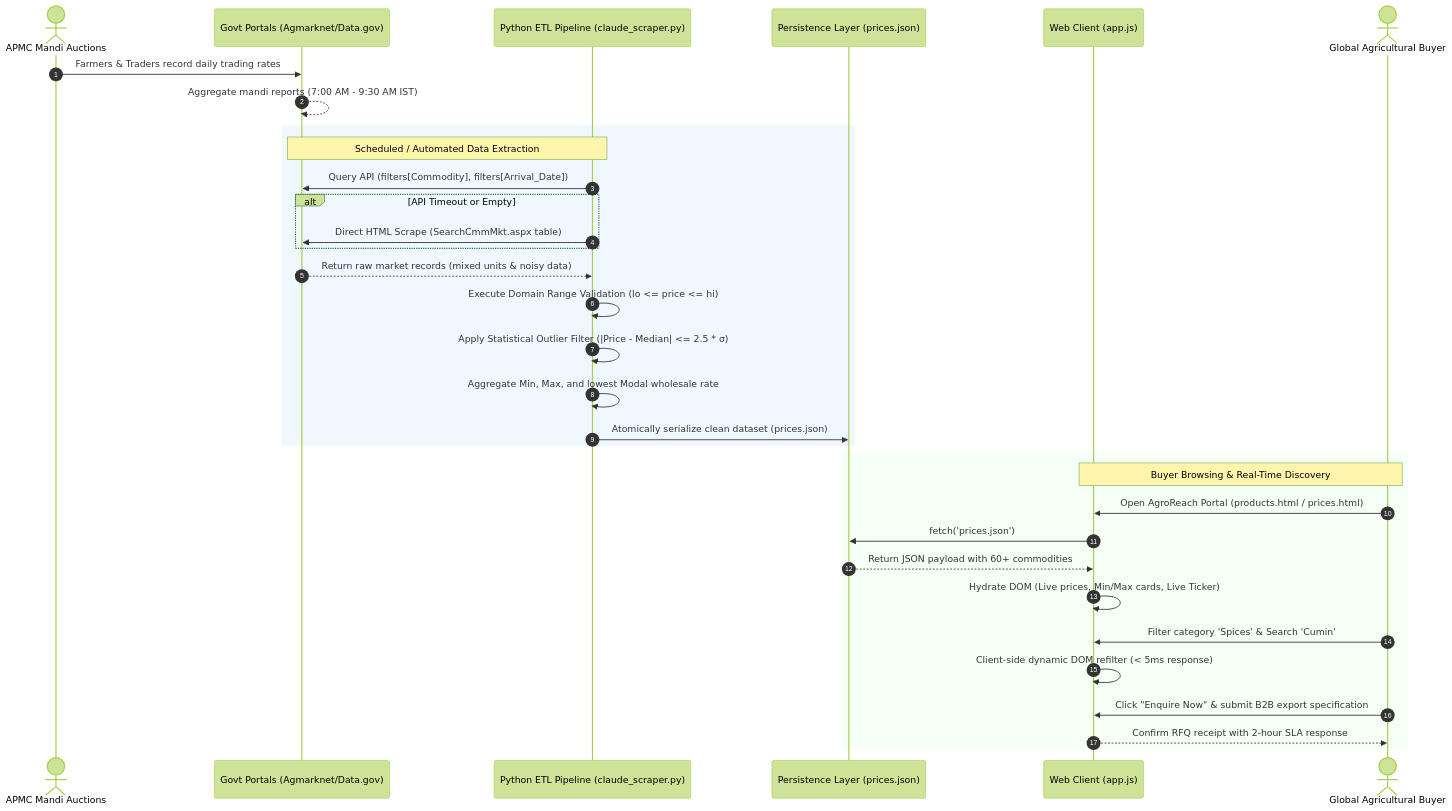
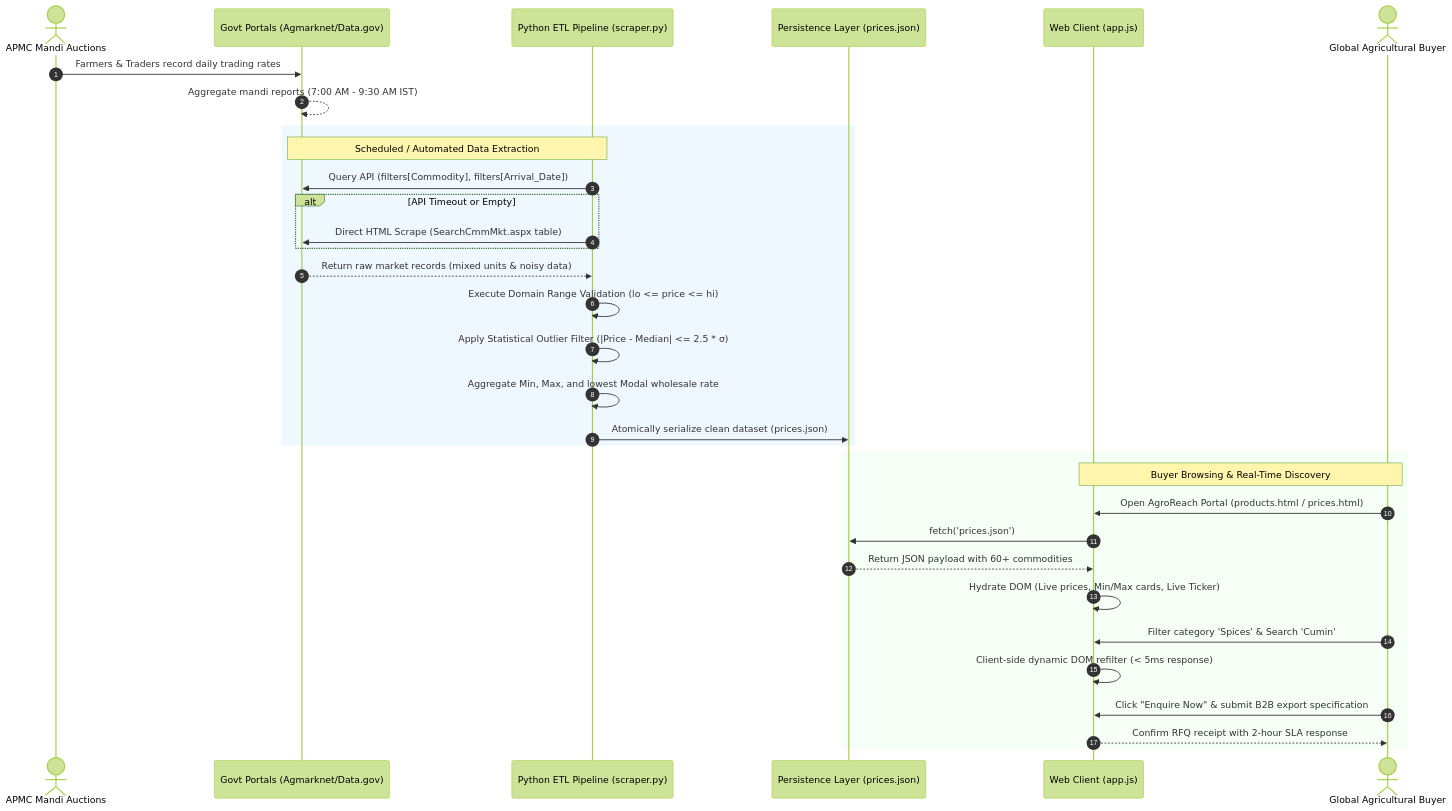
The second of 2 diagrams in README.md (Jadav-Divyaraj/agri-mandi-price-engine), drawn with Mermaid (forest theme) before and after one commit. The commit also changed other lines of this file and 10 other files, not shown here.

Commit message:
refactor: Standardize scraper modules, rename sample data, and clean up workspace architecture

````diff
--- a/README.md
+++ b/README.md
@@ -90,38 +90,38 @@
 ```mermaid
 sequenceDiagram
     autonumber
     actor Mandi as APMC Mandi Auctions
     participant Govt as Govt Portals (Agmarknet/Data.gov)
-    participant Scraper as Python ETL Pipeline (claude_scraper.py)
+    participant Scraper as Python ETL Pipeline (scraper.py)
     participant Data as Persistence Layer (prices.json)
     participant Web as Web Client (app.js)
     actor Buyer as Global Agricultural Buyer
 
     Mandi->>Govt: Farmers & Traders record daily trading rates
     Govt-->>Govt: Aggregate mandi reports (7:00 AM - 9:30 AM IST)
     
     rect rgb(240, 248, 255)
         Note over Scraper,Govt: Scheduled / Automated Data Extraction
         Scraper->>Govt: Query API (filters[Commodity], filters[Arrival_Date])
         alt API Timeout or Empty
             Scraper->>Govt: Direct HTML Scrape (SearchCmmMkt.aspx table)
         end
         Govt-->>Scraper: Return raw market records (mixed units & noisy data)
         Scraper->>Scraper: Execute Domain Range Validation (lo <= price <= hi)
         Scraper->>Scraper: Apply Statistical Outlier Filter (|Price - Median| <= 2.5 * σ)
         Scraper->>Scraper: Aggregate Min, Max, and lowest Modal wholesale rate
         Scraper->>Data: Atomically serialize clean dataset (prices.json)
     end
 
     rect rgb(245, 255, 245)
         Note over Buyer,Web: Buyer Browsing & Real-Time Discovery
         Buyer->>Web: Open AgroReach Portal (products.html / prices.html)
         Web->>Data: fetch('prices.json')
         Data-->>Web: Return JSON payload with 60+ commodities
         Web->>Web: Hydrate DOM (Live prices, Min/Max cards, Live Ticker)
         Buyer->>Web: Filter category 'Spices' & Search 'Cumin'
         Web->>Web: Client-side dynamic DOM refilter (< 5ms response)
         Buyer->>Web: Click "Enquire Now" & submit B2B export specification
         Web-->>Buyer: Confirm RFQ receipt with 2-hour SLA response
     end
 ```
````
